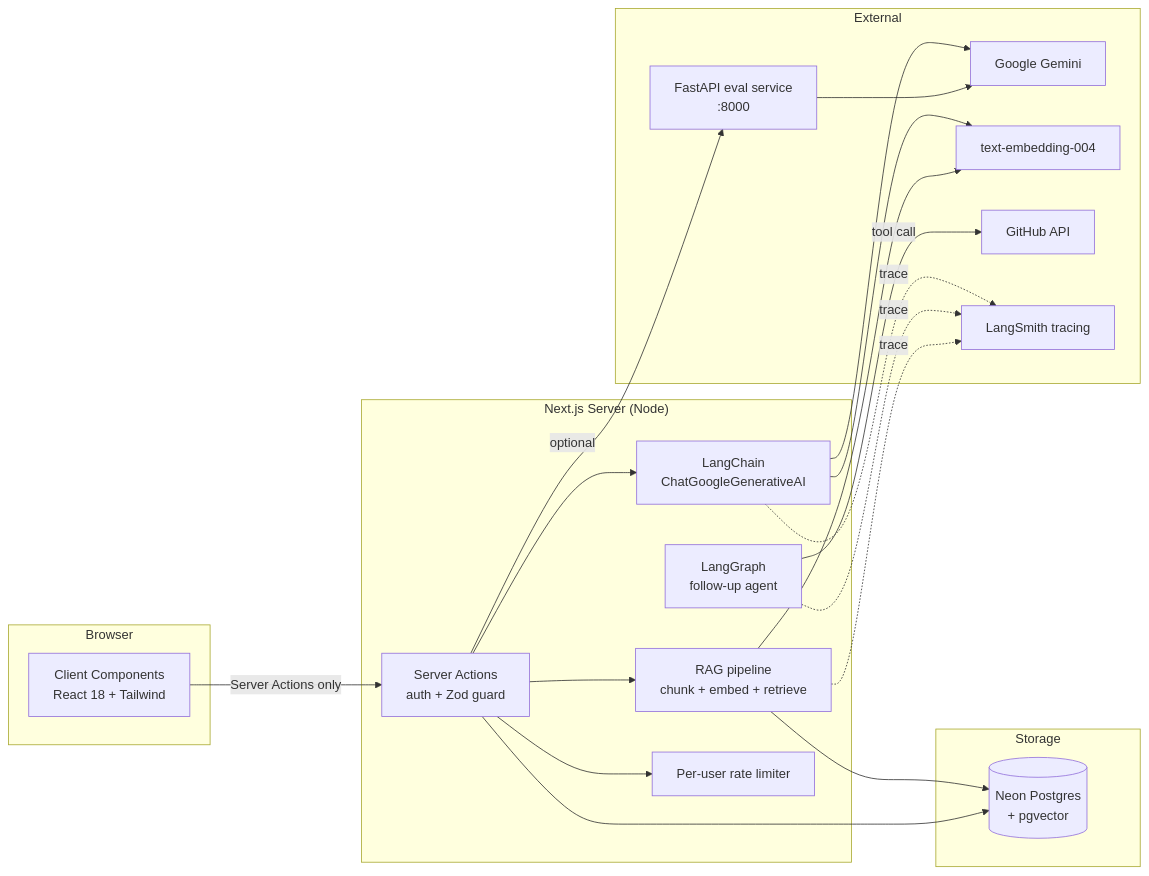
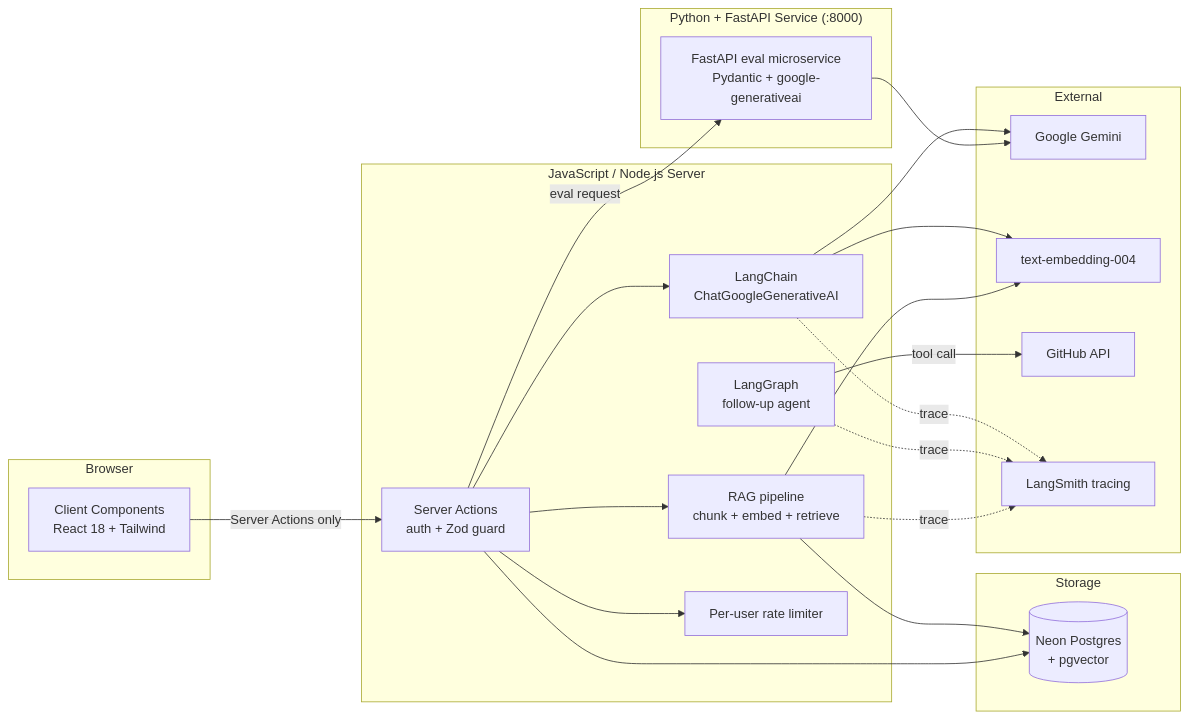
The diagram in README.md (vikasgowda222/SkillForge-AI-Full-Stack-AI-Mock-Interview-App), drawn with Mermaid before and after one commit. The commit also changed other lines of this file and 1 other file, not shown here.

First line of the commit message:
docs: add resume stack-to-code map; mark Python/FastAPI as required; drop Next.js mentions

````diff
--- a/README.md
+++ b/README.md
@@ -66,42 +182,45 @@
 ```mermaid
 flowchart LR
     subgraph Browser
       UI[Client Components<br/>React 18 + Tailwind]
     end
 
-    subgraph Server["Next.js Server (Node)"]
+    subgraph Server["JavaScript / Node.js Server"]
       SA[Server Actions<br/>auth + Zod guard]
       LC[LangChain<br/>ChatGoogleGenerativeAI]
       LG[LangGraph<br/>follow-up agent]
       RAG[RAG pipeline<br/>chunk + embed + retrieve]
       RATE[Per-user rate limiter]
+    end
+
+    subgraph PythonService["Python + FastAPI Service (:8000)"]
+      PY[FastAPI eval microservice<br/>Pydantic + google-generativeai]
     end
 
     subgraph Storage
       PG[(Neon Postgres<br/>+ pgvector)]
     end
 
     subgraph External
       GEM[Google Gemini]
       EMB[text-embedding-004]
       GH[GitHub API]
       LS[LangSmith tracing]
-      FS[FastAPI eval service<br/>:8000]
     end
 
     UI -->|Server Actions only| SA
     SA --> LC
     SA --> RAG
     SA --> RATE
+    SA -->|eval request| PY
     LG -->|tool call| GH
     LC --> GEM
     LC --> EMB
     RAG --> EMB
     RAG --> PG
     SA --> PG
     LC -. trace .-> LS
     LG -. trace .-> LS
     RAG -. trace .-> LS
-    SA -->|optional| FS
-    FS --> GEM
+    PY --> GEM
 ```
````
